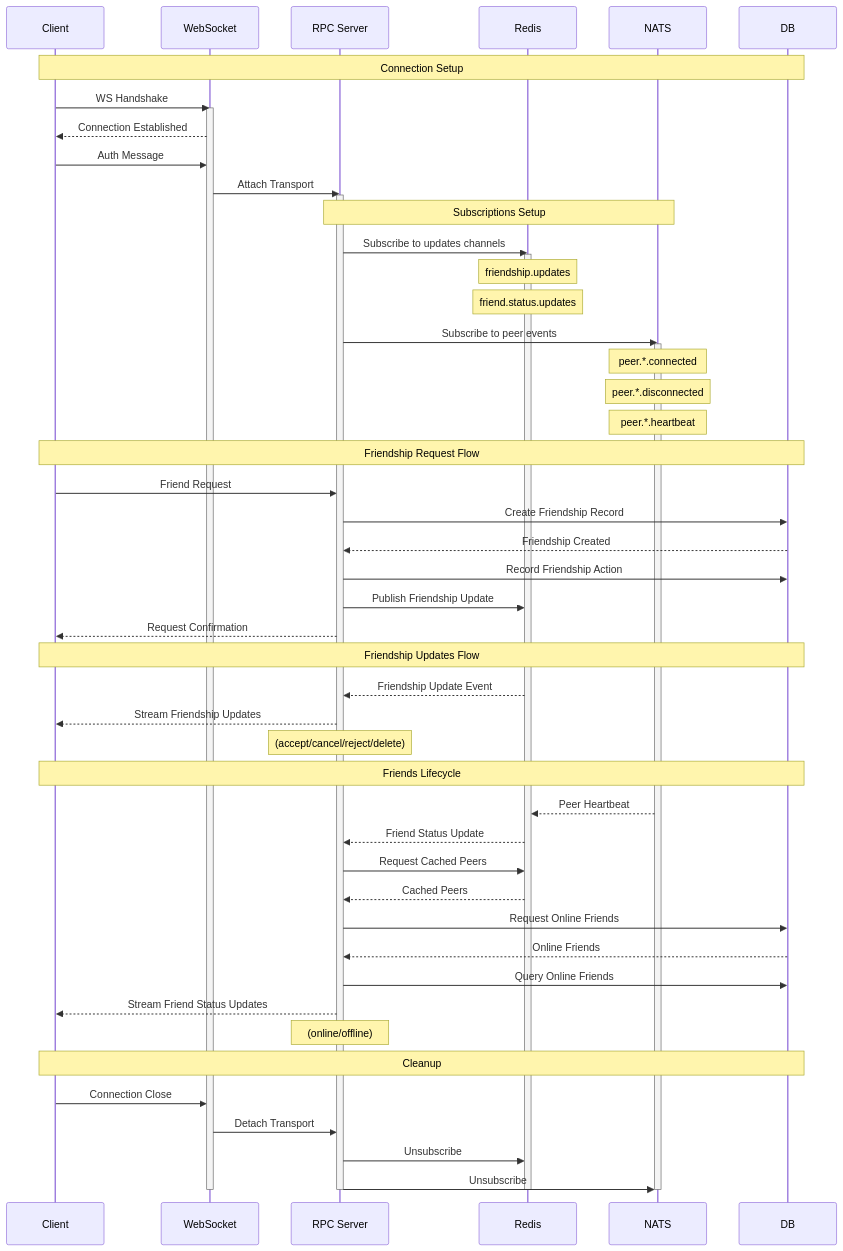
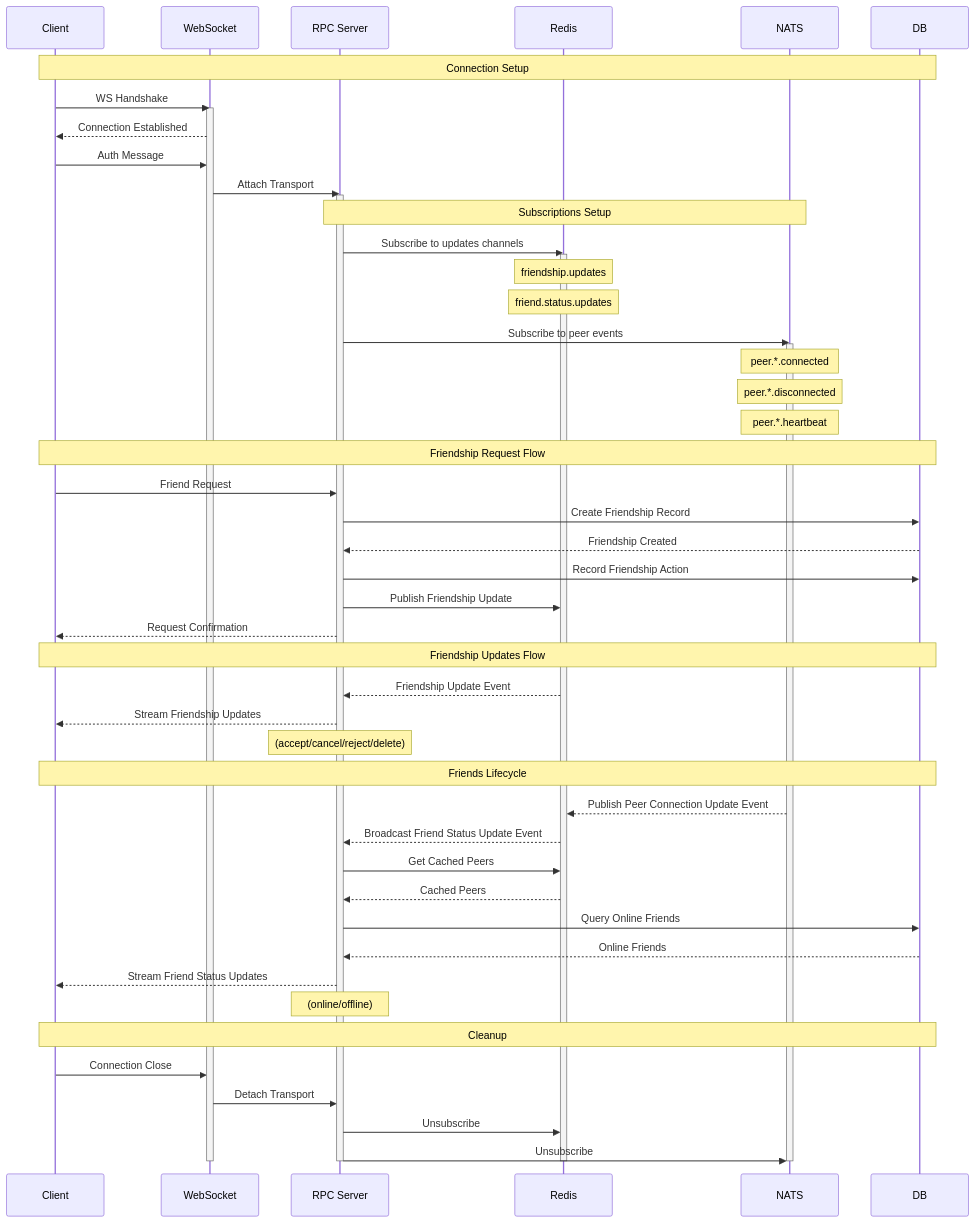
The second of 2 diagrams in README.md (decentraland/social-service-ea), drawn with Mermaid before and after one commit.

Commit message:
chore: seq diag improvements

````diff
--- a/README.md
+++ b/README.md
@@ -99,62 +99,61 @@
 ```mermaid
 sequenceDiagram
     participant Client
     participant WebSocket
     participant RPC Server
     participant Redis
     participant NATS
     participant DB
 
     Note over Client,DB: Connection Setup
     Client->>WebSocket: WS Handshake
     activate WebSocket
     WebSocket-->>Client: Connection Established
     Client->>WebSocket: Auth Message
     WebSocket->>RPC Server: Attach Transport
     activate RPC Server
 
     Note over RPC Server,NATS: Subscriptions Setup
     RPC Server->>Redis: Subscribe to updates channels
     activate Redis
     Note over Redis: friendship.updates
     Note over Redis: friend.status.updates
     RPC Server->>NATS: Subscribe to peer events
     activate NATS
     Note over NATS: peer.*.connected
     Note over NATS: peer.*.disconnected
     Note over NATS: peer.*.heartbeat
 
     Note over Client,DB: Friendship Request Flow
     Client->>RPC Server: Friend Request
     RPC Server->>DB: Create Friendship Record
     DB-->>RPC Server: Friendship Created
     RPC Server->>DB: Record Friendship Action
     RPC Server->>Redis: Publish Friendship Update
     RPC Server-->>Client: Request Confirmation
 
     Note over Client,DB: Friendship Updates Flow
     Redis-->>RPC Server: Friendship Update Event
     RPC Server-->>Client: Stream Friendship Updates
     Note over RPC Server: (accept/cancel/reject/delete)
 
     Note over Client,DB: Friends Lifecycle
-    NATS-->>Redis: Peer Heartbeat
-    Redis-->>RPC Server: Friend Status Update
-    RPC Server->>Redis: Request Cached Peers
+    NATS-->>Redis: Publish Peer Connection Update Event
+    Redis-->>RPC Server: Broadcast Friend Status Update Event
+    RPC Server->>Redis: Get Cached Peers
     Redis-->>RPC Server: Cached Peers
-    RPC Server->>DB: Request Online Friends
+    RPC Server->>DB: Query Online Friends
     DB-->>RPC Server: Online Friends
-    RPC Server->>DB: Query Online Friends
     RPC Server-->>Client: Stream Friend Status Updates
     Note over RPC Server: (online/offline)
 
     Note over Client,DB: Cleanup
     Client->>WebSocket: Connection Close
     WebSocket->>RPC Server: Detach Transport
     RPC Server->>Redis: Unsubscribe
     RPC Server->>NATS: Unsubscribe
     deactivate WebSocket
     deactivate RPC Server
     deactivate Redis
     deactivate NATS
 ```
````
